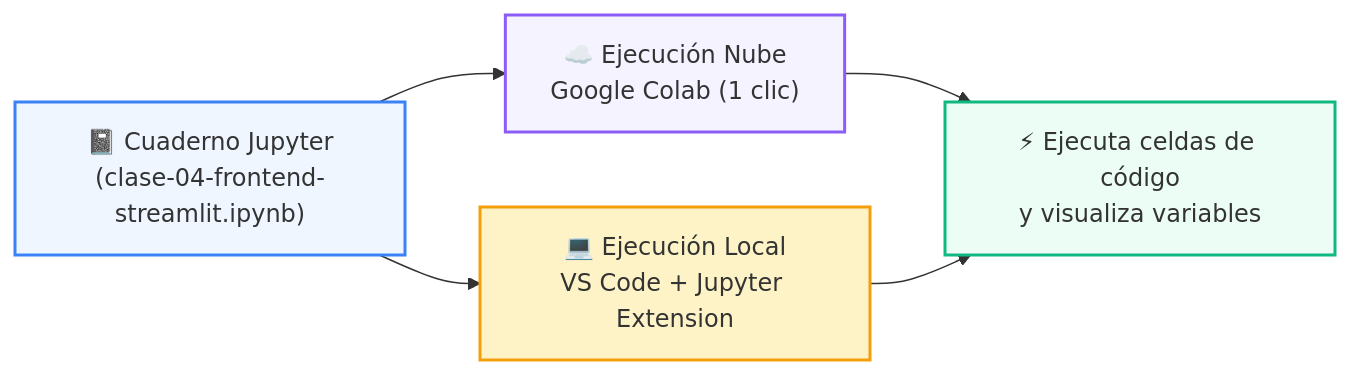
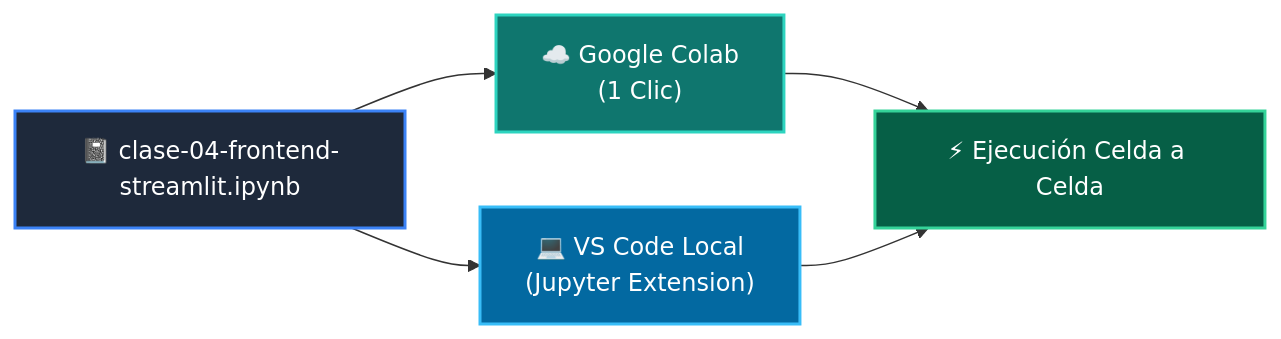
One commit to wisrovi/wisrovi-python changed the diagram in 04-proyecto-final/clase-04-frontend-streamlit/notebook/README.md. Above: the diagram before and after it, drawn with Mermaid. The commit also changed other lines of this file and 271 other files, not shown here.

Commit message:
docs: rewrite all README.md files with bespoke topic-specific Mermaid diagrams and remove repetitive boilerplate

````diff
--- a/04-proyecto-final/clase-04-frontend-streamlit/notebook/README.md
+++ b/04-proyecto-final/clase-04-frontend-streamlit/notebook/README.md
@@ -14,12 +12,12 @@
 ```mermaid
 flowchart LR
-    NB["📓 Cuaderno Jupyter<br/>(clase-04-frontend-streamlit.ipynb)"] --> COLAB["☁️ Ejecución Nube<br/>Google Colab (1 clic)"]
-    NB --> LOCAL["💻 Ejecución Local<br/>VS Code + Jupyter Extension"]
-    COLAB --> RUN["⚡ Ejecuta celdas de código<br/>y visualiza variables"]
+    NB["📓 clase-04-frontend-streamlit.ipynb"] --> COLAB["☁️ Google Colab<br/>(1 Clic)"]
+    NB --> LOCAL["💻 VS Code Local<br/>(Jupyter Extension)"]
+    COLAB --> RUN["⚡ Ejecución Celda a Celda"]
     LOCAL --> RUN
 
-    style NB fill:#eff6ff,stroke:#3b82f6,stroke-width:2px
-    style COLAB fill:#f5f3ff,stroke:#8b5cf6,stroke-width:2px
-    style LOCAL fill:#fef3c7,stroke:#f59e0b,stroke-width:2px
-    style RUN fill:#ecfdf5,stroke:#10b981,stroke-width:2px
+    style NB fill:#1e293b,color:#fff,stroke:#3b82f6,stroke-width:2px
+    style COLAB fill:#0f766e,color:#fff,stroke:#2dd4bf,stroke-width:2px
+    style LOCAL fill:#0369a1,color:#fff,stroke:#38bdf8,stroke-width:2px
+    style RUN fill:#065f46,color:#fff,stroke:#34d399,stroke-width:2px
 ```
````
